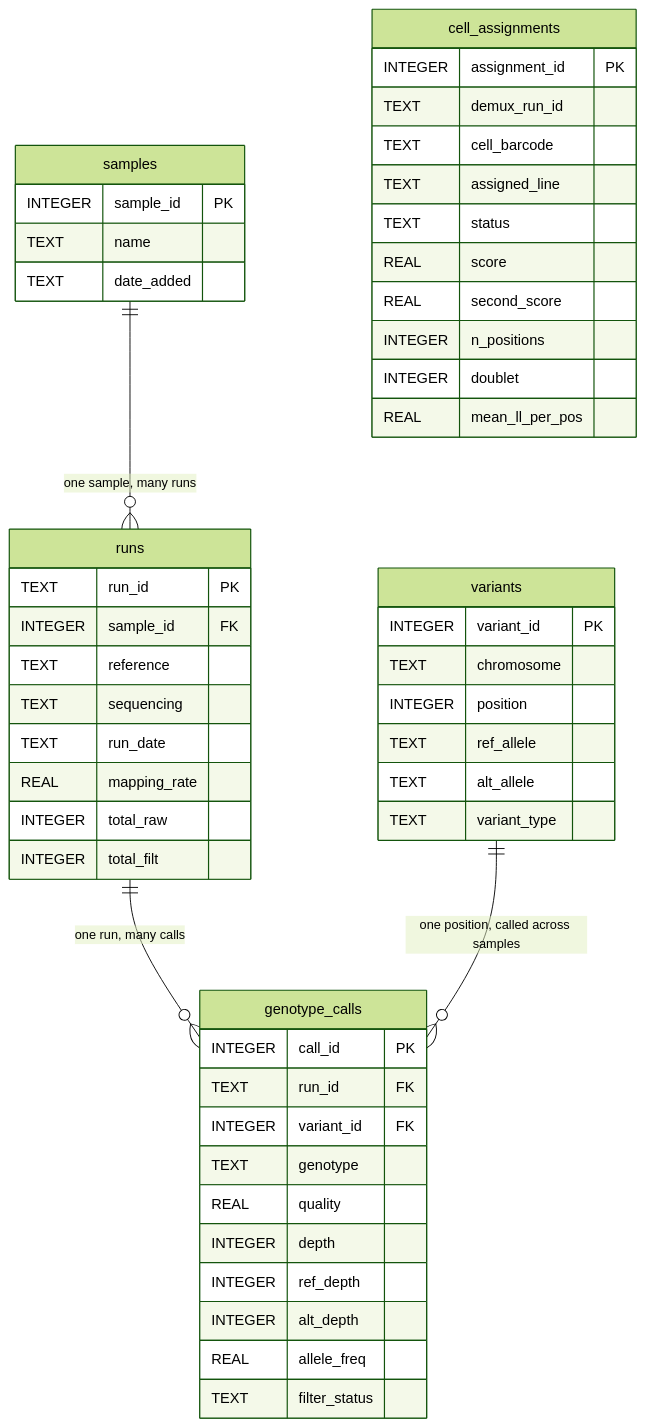
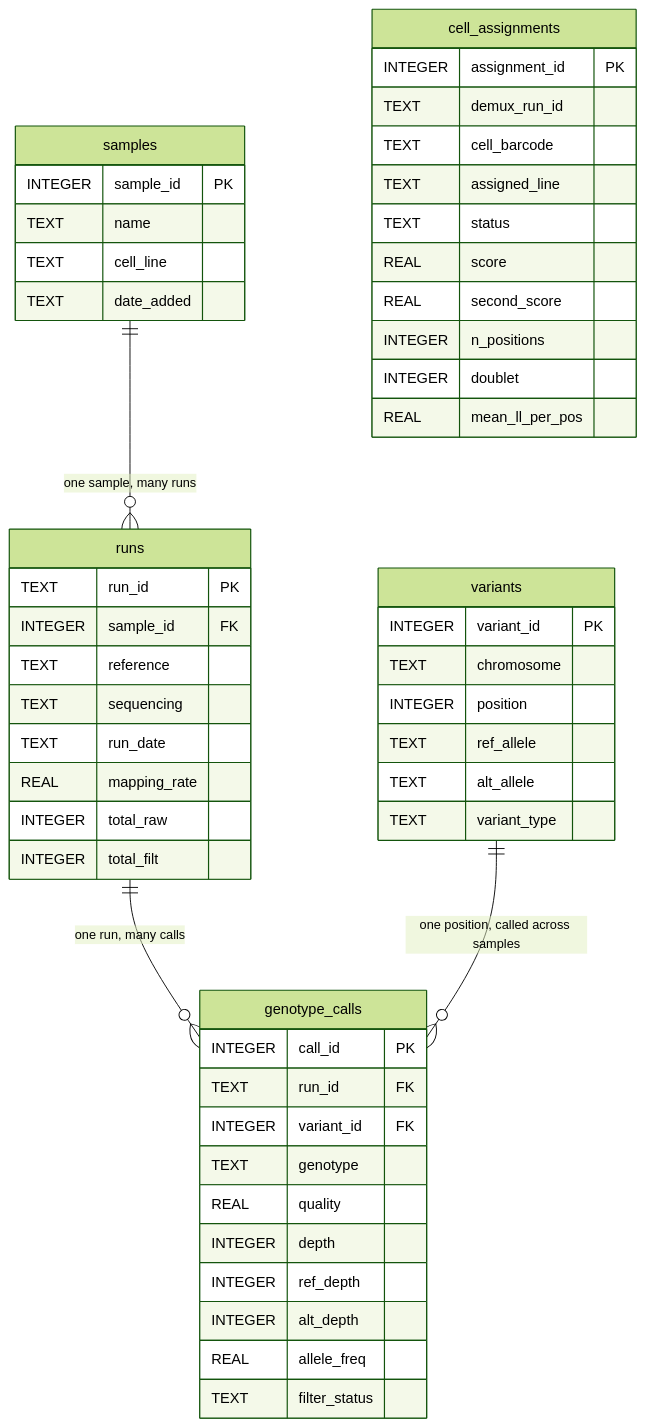
One commit to nemethandras/scrna_project changed the third of 4 diagrams in README.md. Above: the diagram before and after it, drawn with Mermaid (forest theme). The commit also changed other lines of this file and 2 other files, not shown here.

First line of the commit message:
Add 1:1 Vireo matching, cell line names in output, and update README

````diff
--- a/README.md
+++ b/README.md
@@ -92,54 +114,55 @@
 ```mermaid
 erDiagram
     samples {
         INTEGER sample_id PK
         TEXT    name
+        TEXT    cell_line
         TEXT    date_added
     }
     runs {
         TEXT    run_id PK
         INTEGER sample_id FK
         TEXT    reference
         TEXT    sequencing
         TEXT    run_date
         REAL    mapping_rate
         INTEGER total_raw
         INTEGER total_filt
     }
     variants {
         INTEGER variant_id PK
         TEXT    chromosome
         INTEGER position
         TEXT    ref_allele
         TEXT    alt_allele
         TEXT    variant_type
     }
     genotype_calls {
         INTEGER call_id PK
         TEXT    run_id FK
         INTEGER variant_id FK
         TEXT    genotype
         REAL    quality
         INTEGER depth
         INTEGER ref_depth
         INTEGER alt_depth
         REAL    allele_freq
         TEXT    filter_status
     }
     cell_assignments {
         INTEGER assignment_id PK
         TEXT    demux_run_id
         TEXT    cell_barcode
         TEXT    assigned_line
         TEXT    status
         REAL    score
         REAL    second_score
         INTEGER n_positions
         INTEGER doublet
         REAL    mean_ll_per_pos
     }
 
     samples     ||--o{ runs             : "one sample, many runs"
     runs        ||--o{ genotype_calls   : "one run, many calls"
     variants    ||--o{ genotype_calls   : "one position, called across samples"
 ```
````
